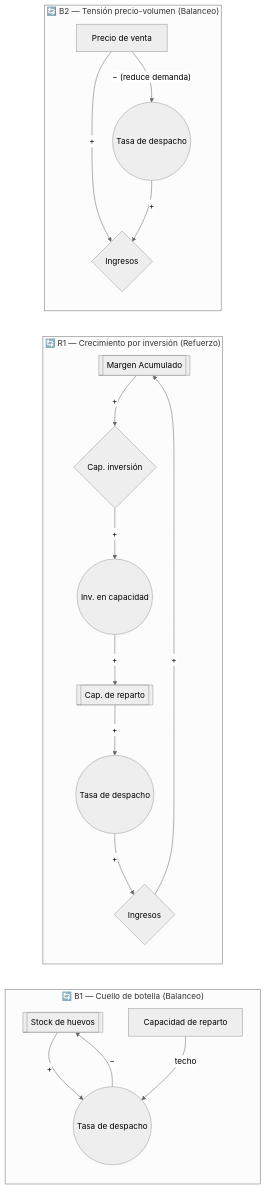
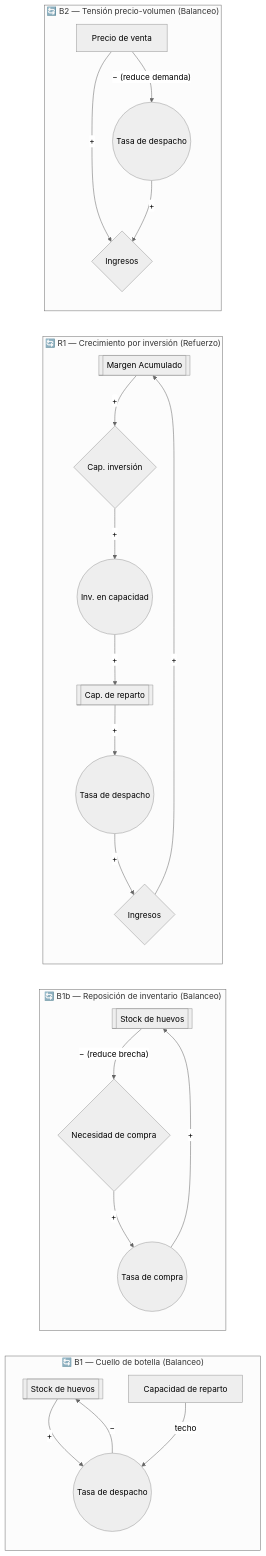
Before and after one commit to perrosxdev/Teoria-de-sistemas: the second of 2 diagrams in docs/propuestas/carlos/modelo_forrester.md, drawn with Mermaid (neutral theme). The commit also changed other lines of this file, not shown here.

````diff
--- a/docs/propuestas/carlos/modelo_forrester.md
+++ b/docs/propuestas/carlos/modelo_forrester.md
@@ -100,23 +108,29 @@
 ```mermaid
 flowchart LR
     subgraph B1["🔄 B1 — Cuello de botella (Balanceo)"]
         SHb[["Stock de huevos"]] -->|"+"| TDb(("Tasa de despacho"))
         TDb -->|"−"| SHb
         CRb["Capacidad de reparto"] -->|"techo"| TDb
+    end
+
+    subgraph B1b["🔄 B1b — Reposición de inventario (Balanceo)"]
+        SHr[["Stock de huevos"]] -->|"− (reduce brecha)"| NECr{"Necesidad de compra"}
+        NECr -->|"+"| TCr(("Tasa de compra"))
+        TCr -->|"+"| SHr
     end
 
     subgraph R1["🔄 R1 — Crecimiento por inversión (Refuerzo)"]
         MAr[["Margen Acumulado"]] -->|"+"| CIr{"Cap. inversión"}
         CIr -->|"+"| TINVr(("Inv. en capacidad"))
         TINVr -->|"+"| CRr[["Cap. de reparto"]]
         CRr -->|"+"| TDr(("Tasa de despacho"))
         TDr -->|"+"| IVr{"Ingresos"}
         IVr -->|"+"| MAr
     end
 
     subgraph B2["🔄 B2 — Tensión precio-volumen (Balanceo)"]
         PVb["Precio de venta"] -->|"+"| IVb{"Ingresos"}
         PVb -->|"− (reduce demanda)"| TDb2(("Tasa de despacho"))
         TDb2 -->|"+"| IVb
     end
 ```
````
